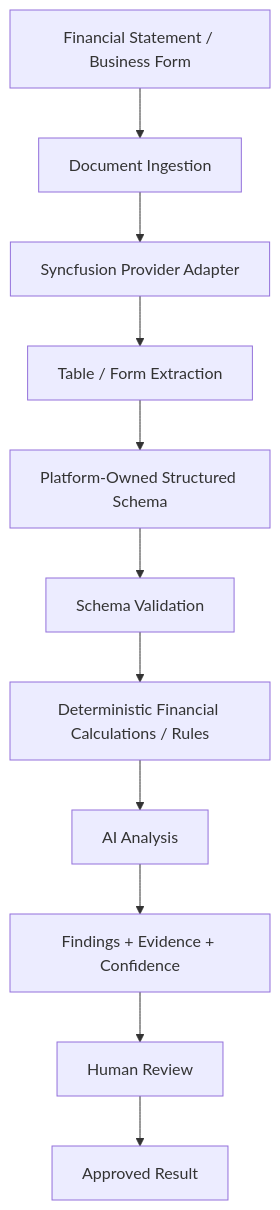
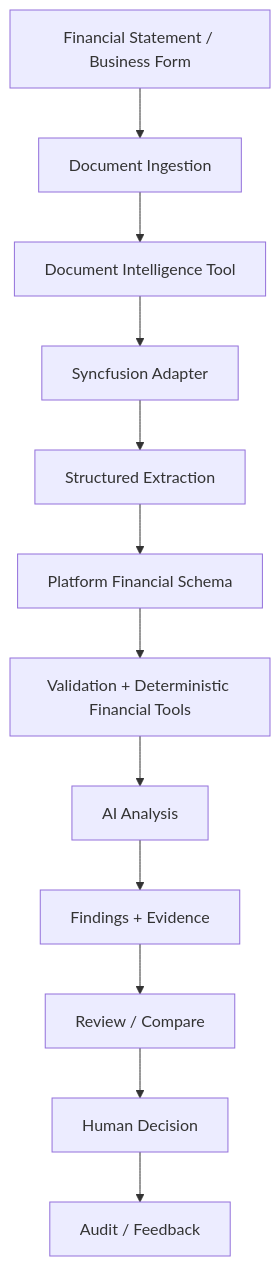
One commit to Milancho/ai-engineering-playbook changed the tenth of 10 diagrams in docs/research/Syncfusion-AI-Tools.md. Above: the diagram before and after it, drawn with Mermaid. The commit also changed other lines of this file, not shown here.

Commit message:
docs: add Syncfusion agent workflow and embedded AI findings

````diff
--- a/docs/research/Syncfusion-AI-Tools.md
+++ b/docs/research/Syncfusion-AI-Tools.md
@@ -145,13 +189,14 @@
 ```mermaid
 flowchart TD
     A[Financial Statement / Business Form] --> B[Document Ingestion]
-    B --> C[Syncfusion Provider Adapter]
-    C --> D[Table / Form Extraction]
-    D --> E[Platform-Owned Structured Schema]
-    E --> F[Schema Validation]
-    F --> G[Deterministic Financial Calculations / Rules]
+    B --> C[Document Intelligence Tool]
+    C --> D[Syncfusion Adapter]
+    D --> E[Structured Extraction]
+    E --> F[Platform Financial Schema]
+    F --> G[Validation + Deterministic Financial Tools]
     G --> H[AI Analysis]
-    H --> I[Findings + Evidence + Confidence]
-    I --> J[Human Review]
-    J --> K[Approved Result]
+    H --> I[Findings + Evidence]
+    I --> J[Review / Compare]
+    J --> K[Human Decision]
+    K --> L[Audit / Feedback]
 ```
````
